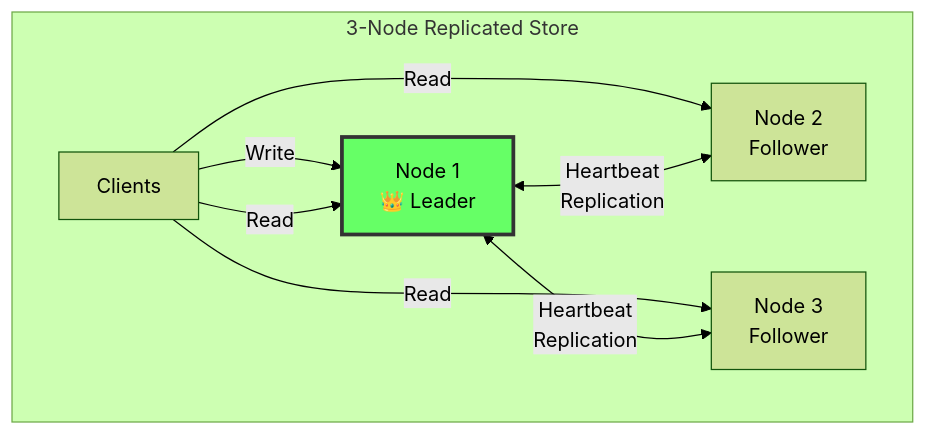
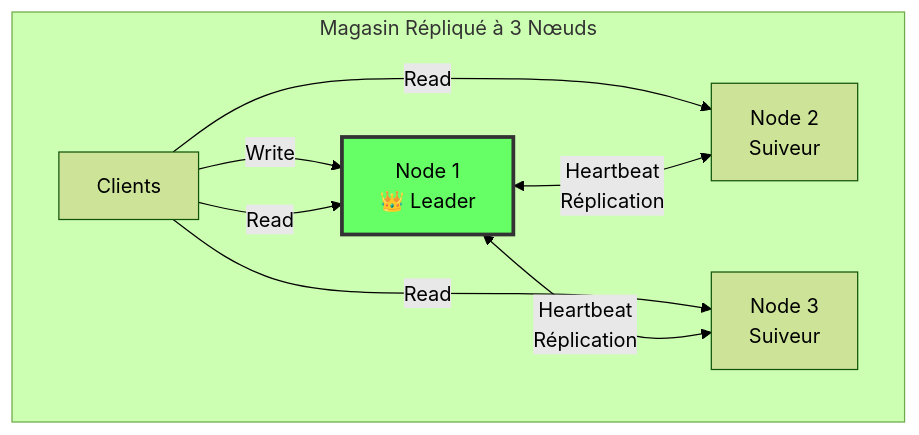
Before and after one commit to dardourimohamed/distributed-systems-course: the eighth of 8 diagrams in src/data-store/06-replication.md, drawn with Mermaid (forest theme). The commit also changed other lines of this file and 38 other files, not shown here.

````diff
--- a/src/data-store/06-replication.md
+++ b/src/data-store/06-replication.md
@@ -1330,20 +1330,20 @@
 ```mermaid
 graph TB
-    subgraph "3-Node Replicated Store"
+    subgraph "Magasin Répliqué à 3 Nœuds"
         Clients["Clients"]
 
         N1["Node 1<br/>👑 Leader"]
-        N2["Node 2<br/>Follower"]
-        N3["Node 3<br/>Follower"]
+        N2["Node 2<br/>Suiveur"]
+        N3["Node 3<br/>Suiveur"]
 
         Clients -->|"Write"| N1
         Clients -->|"Read"| N1
         Clients -->|"Read"| N2
         Clients -->|"Read"| N3
 
-        N1 <-->|"Heartbeat<br/>Replication"| N2
-        N1 <-->|"Heartbeat<br/>Replication"| N3
+        N1 <-->|"Heartbeat<br/>Réplication"| N2
+        N1 <-->|"Heartbeat<br/>Réplication"| N3
     end
 
     style N1 fill:#6f6,stroke:#333,stroke-width:3px
 ```
````
